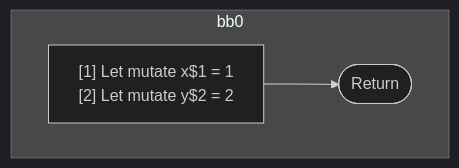
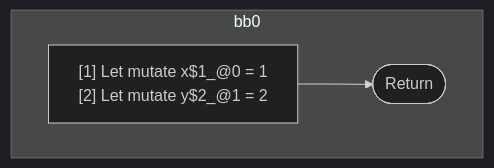
One commit to wutsmog/private changed the diagram in compiler/forget/src/__tests__/fixtures/hir/ssa-simple.expect.md. Above: the diagram before and after it, drawn with Mermaid (dark theme). The commit also changed other lines of this file and 60 other files, not shown here.

````diff
--- a/compiler/forget/src/__tests__/fixtures/hir/ssa-simple.expect.md
+++ b/compiler/forget/src/__tests__/fixtures/hir/ssa-simple.expect.md
@@ -23,14 +23,14 @@
 ```mermaid
 flowchart TB
   %% Basic Blocks
   subgraph bb0
     bb0_instrs["
-      [1] Let mutate x$1 = 1
-      [2] Let mutate y$2 = 2
+      [1] Let mutate x$1_@0 = 1
+      [2] Let mutate y$2_@1 = 2
     "]
     bb0_instrs --> bb0_terminal(["Return"])
   end
 
   %% Jumps
   %% empty
 ```
````
